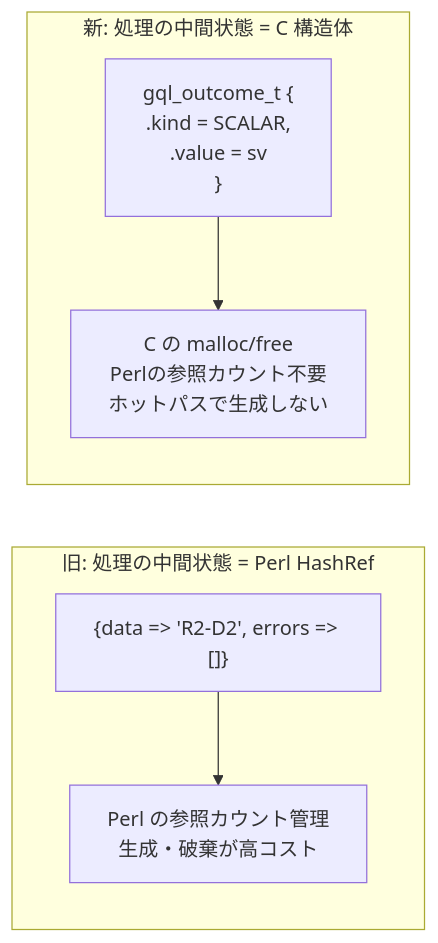
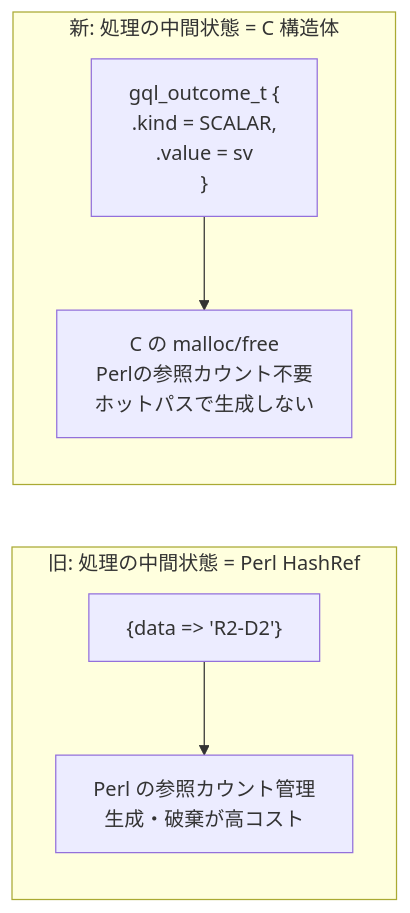
Before and after one commit to AnaTofuZ/GraphQL-Houtou: diagram 20 of 27 in docs/evolution-and-performance.md, drawn with Mermaid. The commit also changed other lines of this file and 36 other files, not shown here.

````diff
--- a/docs/evolution-and-performance.md
+++ b/docs/evolution-and-performance.md
@@ -442,11 +442,11 @@
 ```mermaid
 flowchart LR
     subgraph "旧: 処理の中間状態 = Perl HashRef"
-        H1["{data => 'R2-D2', errors => []}"]
+        H1["{data => 'R2-D2'}"]
         H1 --> H2["Perl の参照カウント管理\n生成・破棄が高コスト"]
     end
     subgraph "新: 処理の中間状態 = C 構造体"
         C1["gql_outcome_t {\n  .kind = SCALAR,\n  .value = sv\n}"]
         C1 --> C2["C の malloc/free\nPerlの参照カウント不要\nホットパスで生成しない"]
     end
 ```
````
